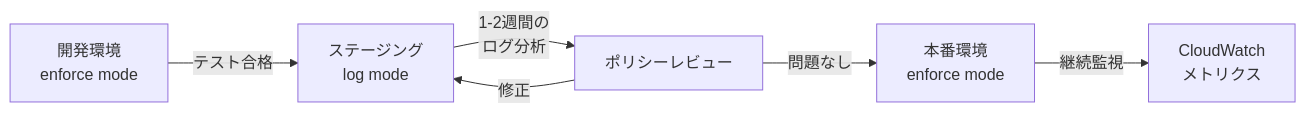
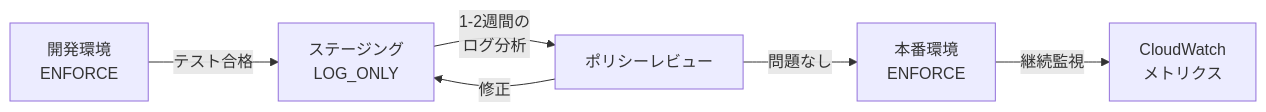
Before and after one commit to 0h-n0/zenn-contents: the third of 3 diagrams in articles/6493dd54baab75.md, drawn with Mermaid. The commit also changed other lines of this file, not shown here.

Commit message:
fix: correct code snippets (automated snippet review)

````diff
--- a/articles/6493dd54baab75.md
+++ b/articles/6493dd54baab75.md
@@ -442,8 +432,8 @@
 ```mermaid
 graph LR
-    Dev[開発環境<br/>enforce mode] -->|テスト合格| Staging[ステージング<br/>log mode]
+    Dev[開発環境<br/>ENFORCE] -->|テスト合格| Staging[ステージング<br/>LOG_ONLY]
     Staging -->|1-2週間の<br/>ログ分析| Review[ポリシーレビュー]
     Review -->|修正| Staging
-    Review -->|問題なし| Prod[本番環境<br/>enforce mode]
+    Review -->|問題なし| Prod[本番環境<br/>ENFORCE]
     Prod -->|継続監視| CloudWatch[CloudWatch<br/>メトリクス]
 ```
````
